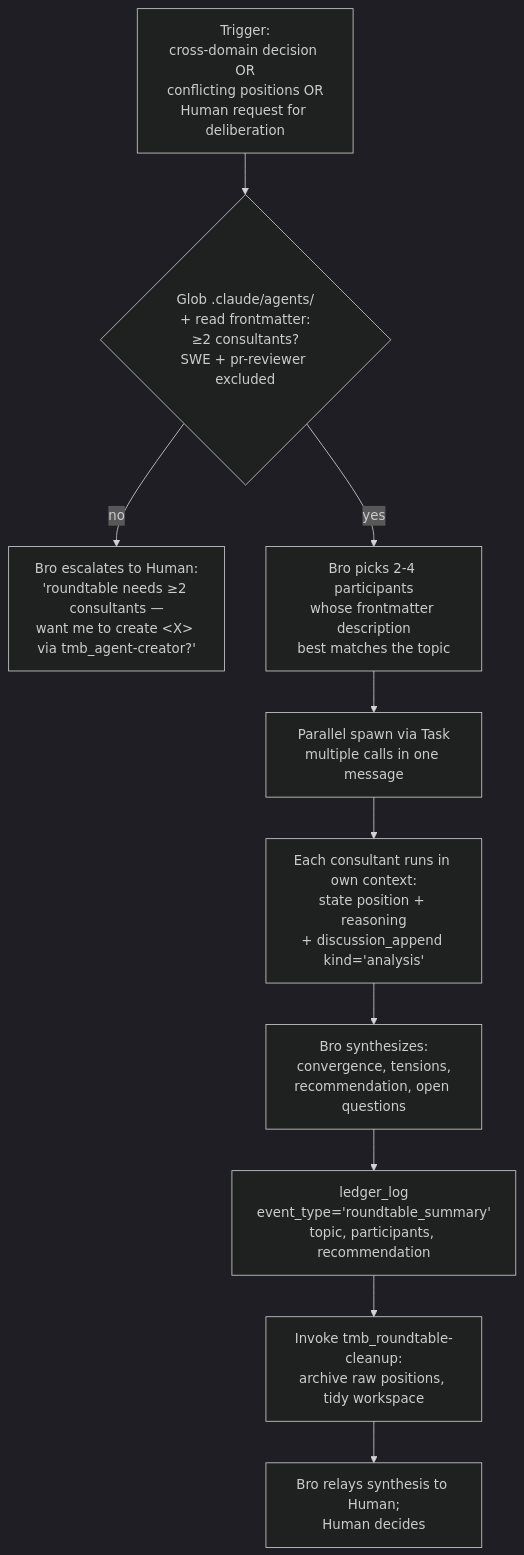
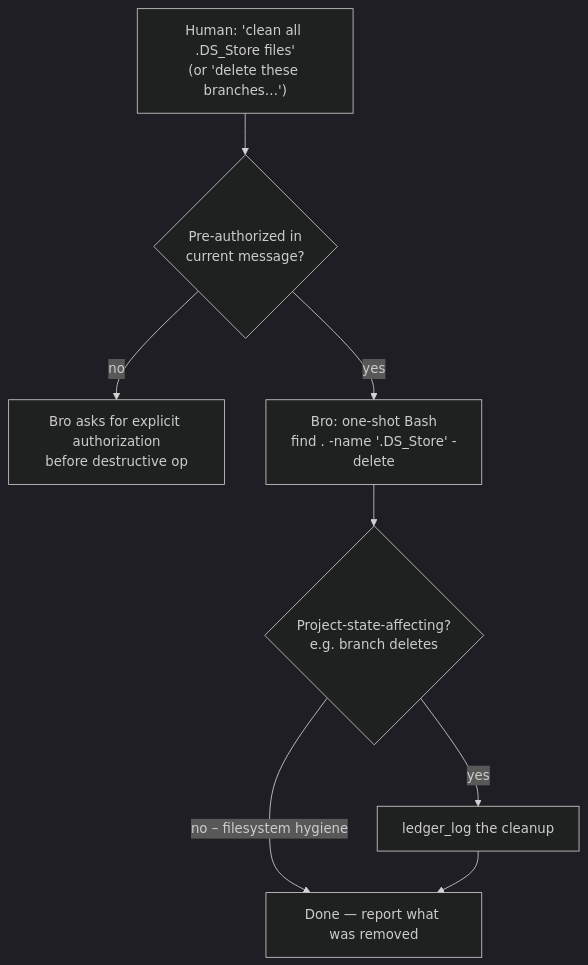
Before and after one commit to trustmybot/plugin: the tenth of 12 diagrams in docs/architecture/FLOWS.md, drawn with Mermaid (dark theme). The commit also changed other lines of this file and 10 other files, not shown here.

````diff
--- a/docs/architecture/FLOWS.md
+++ b/docs/architecture/FLOWS.md
@@ -444,12 +501,10 @@
 ```mermaid
 flowchart TD
-    A[Trigger:<br/>cross-domain decision OR<br/>conflicting positions OR<br/>Human request for deliberation] --> B{Glob .claude/agents/<br/>+ read frontmatter:<br/>≥2 consultants?<br/>SWE + pr-reviewer excluded}
-    B -->|no| C[Bro escalates to Human:<br/>'roundtable needs ≥2 consultants —<br/>want me to create &lt;X&gt; via tmb_agent-creator?']
-    B -->|yes| D[Bro picks 2-4 participants<br/>whose frontmatter description<br/>best matches the topic]
-    D --> E[Parallel spawn via Task<br/>multiple calls in one message]
-    E --> F[Each consultant runs in own context:<br/>state position + reasoning<br/>+ discussion_append kind='analysis']
-    F --> G[Bro synthesizes:<br/>convergence, tensions,<br/>recommendation, open questions]
-    G --> H["ledger_log<br/>event_type='roundtable_summary'<br/>topic, participants, recommendation"]
-    H --> I[Invoke tmb_roundtable-cleanup:<br/>archive raw positions, tidy workspace]
-    I --> J[Bro relays synthesis to Human;<br/>Human decides]
+    A["Human: 'clean all .DS_Store files'<br/>(or 'delete these branches…')"] --> B{Pre-authorized in<br/>current message?}
+    B -->|no| C[Bro asks for explicit authorization<br/>before destructive op]
+    B -->|yes| D[Bro: one-shot Bash<br/>find . -name '.DS_Store' -delete]
+    D --> E{Project-state-affecting?<br/>e.g. branch deletes}
+    E -->|yes| F[ledger_log the cleanup]
+    E -->|no – filesystem hygiene| G[Done — report what was removed]
+    F --> G
 ```
````
